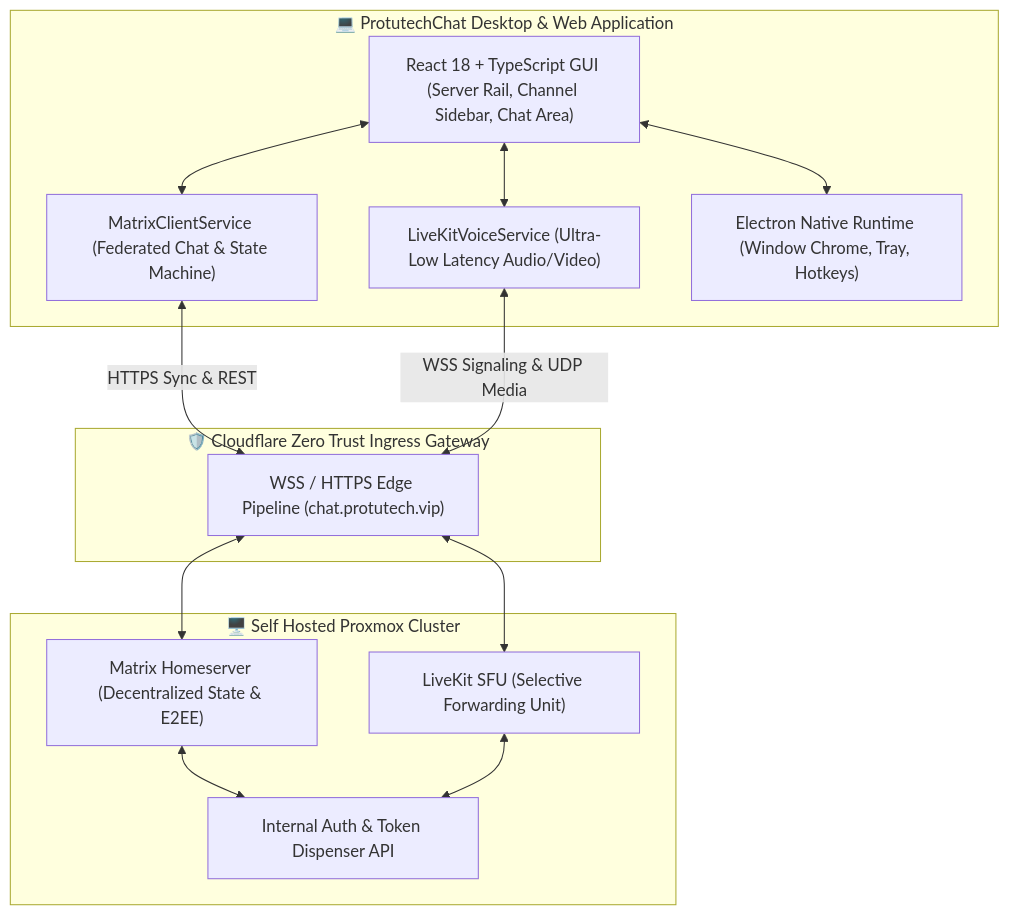
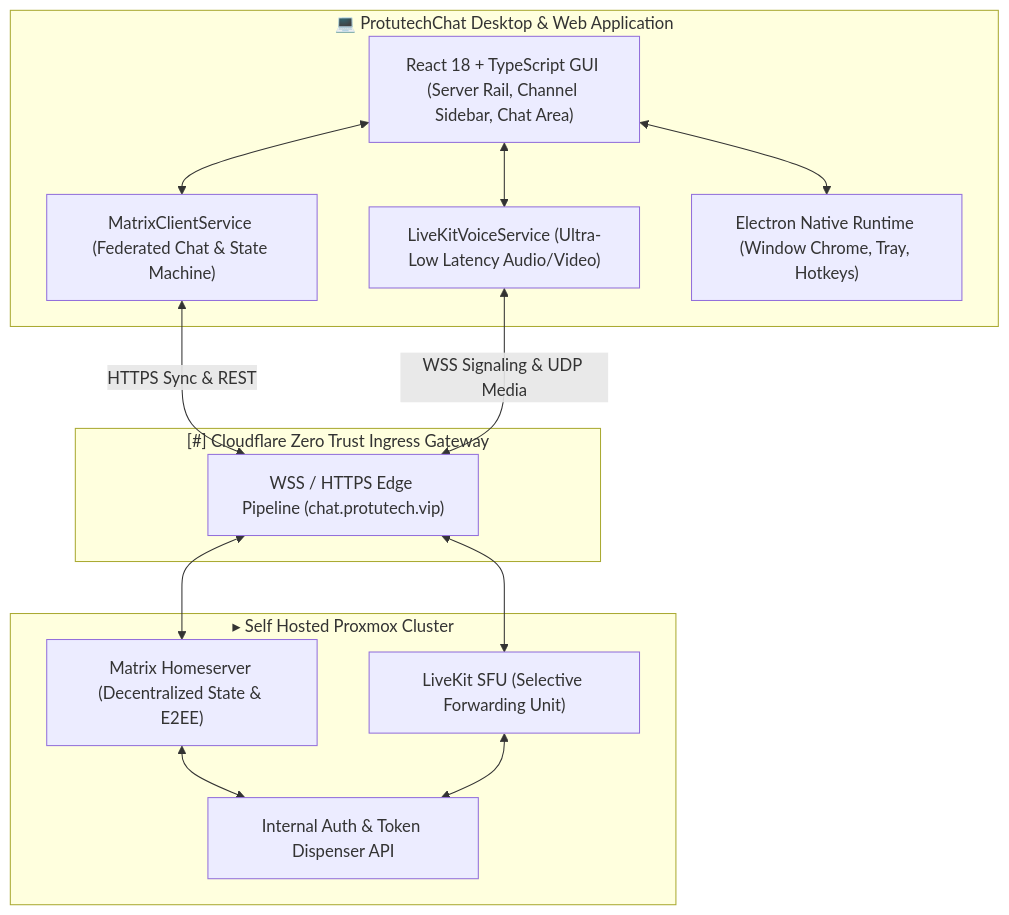
The diagram in docs/apps/protutechchat/index.md (IAndrexI/documentation), drawn with Mermaid before and after one commit. The commit also changed other lines of this file and 40 other files, not shown here.

Commit message:
feat: hide git stars/branches, collapse subcategories until tab selected, add high-res architecture SVG, auto-update script, basic monochrome glyphs, and line-by-line recreation blueprints with summaries

````diff
--- a/docs/apps/protutechchat/index.md
+++ b/docs/apps/protutechchat/index.md
@@ -7,31 +7,31 @@
 ```mermaid
 graph TD
     subgraph ClientHost["💻 ProtutechChat Desktop & Web Application"]
         UI["React 18 + TypeScript GUI (Server Rail, Channel Sidebar, Chat Area)"]
         MatrixSvc["MatrixClientService (Federated Chat & State Machine)"]
         VoiceSvc["LiveKitVoiceService (Ultra-Low Latency Audio/Video)"]
         ElectronHost["Electron Native Runtime (Window Chrome, Tray, Hotkeys)"]
 
         UI <--> MatrixSvc
         UI <--> VoiceSvc
         UI <--> ElectronHost
     end
 
-    subgraph EdgeIngress["🛡️ Cloudflare Zero Trust Ingress Gateway"]
+    subgraph EdgeIngress["[#] Cloudflare Zero Trust Ingress Gateway"]
         CF_WSS["WSS / HTTPS Edge Pipeline (chat.protutech.vip)"]
     end
 
-    subgraph BackendCluster["🖥️ Self Hosted Proxmox Cluster"]
+    subgraph BackendCluster["▸ Self Hosted Proxmox Cluster"]
         Synapse["Matrix Homeserver (Decentralized State & E2EE)"]
         LiveKitServer["LiveKit SFU (Selective Forwarding Unit)"]
         AuthBridge["Internal Auth & Token Dispenser API"]
 
         Synapse <--> AuthBridge
         LiveKitServer <--> AuthBridge
     end
 
     MatrixSvc <-->|HTTPS Sync & REST| CF_WSS
     VoiceSvc <-->|WSS Signaling & UDP Media| CF_WSS
     CF_WSS <--> Synapse
     CF_WSS <--> LiveKitServer
 ```
````
